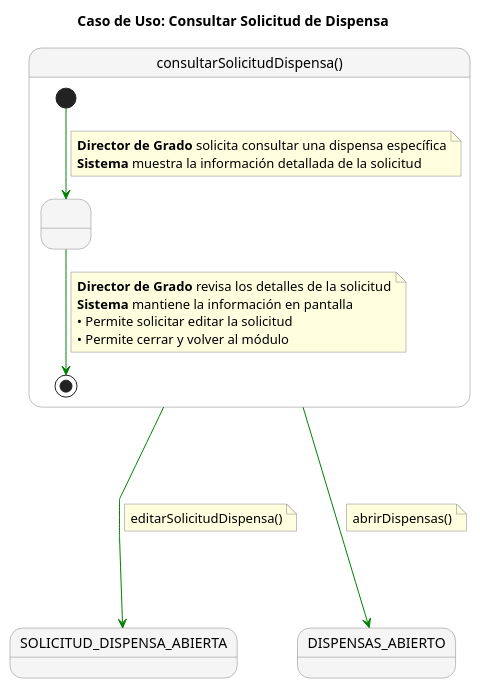
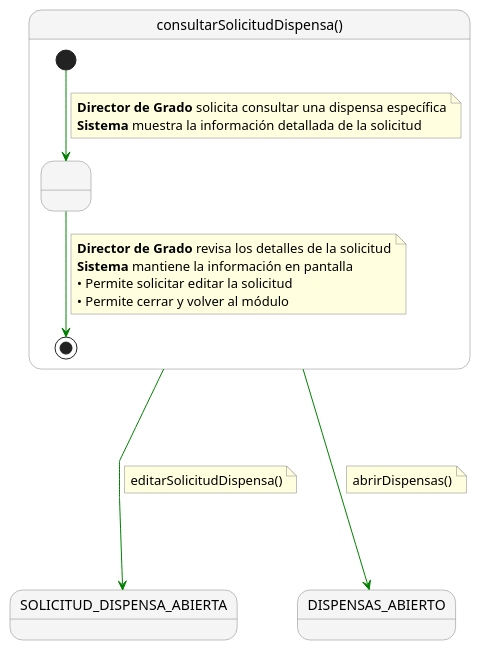
The diagram in documents/CasosDeUso/DetalladoCasosDeUso/DirectorDeGrado/consultarSolicitudDispensa.puml (enmabry/25-26-IdSw1-SdR), drawn with PlantUML before and after one commit. The commit also changed 3 other files, not shown here.

```diff
--- a/documents/CasosDeUso/DetalladoCasosDeUso/DirectorDeGrado/consultarSolicitudDispensa.puml
+++ b/documents/CasosDeUso/DetalladoCasosDeUso/DirectorDeGrado/consultarSolicitudDispensa.puml
@@ -1,44 +1,43 @@
 @startuml
-title Caso de Uso: Consultar Solicitud de Dispensa 
 
 skinparam nodesep 60
 skinparam ranksep 60
 skinparam linetype polyline
 skinparam NoteBackgroundColor lightyellow
 skinparam NoteBorderColor gray
 skinparam StateBackgroundColor #F5F5F5
 skinparam StateBorderColor gray
 
 state "consultarSolicitudDispensa()" as consultarSolicitud {
 
     state " " as Paso1
 
     [*] -[#green]-> Paso1 
     note on link
       <b>Director de Grado</b> solicita consultar una dispensa específica
       <b>Sistema</b> muestra la información detallada de la solicitud
     end note    
     
     Paso1 -[#green]-> [*]
     note on link
       <b>Director de Grado</b> revisa los detalles de la solicitud
       <b>Sistema</b> mantiene la información en pantalla
       • Permite solicitar editar la solicitud
       • Permite cerrar y volver al módulo
     end note
 }
 
 state "SOLICITUD_DISPENSA_ABIERTA" as SOLICITUD_DISPENSA_ABIERTA
 state "DISPENSAS_ABIERTO" as DISPENSAS_ABIERTO
 
 consultarSolicitud -[#green]---> SOLICITUD_DISPENSA_ABIERTA
 note right on link
   editarSolicitudDispensa()
 end note
 
 consultarSolicitud -[#green]---> DISPENSAS_ABIERTO
 note right on link
   abrirDispensas()
 end note
 
 @enduml
```
